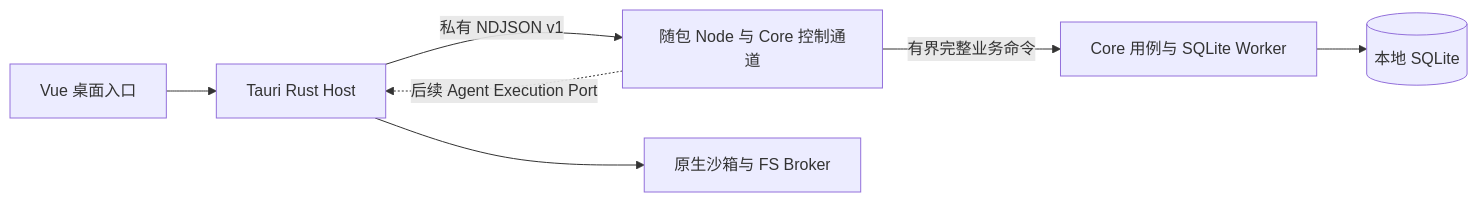
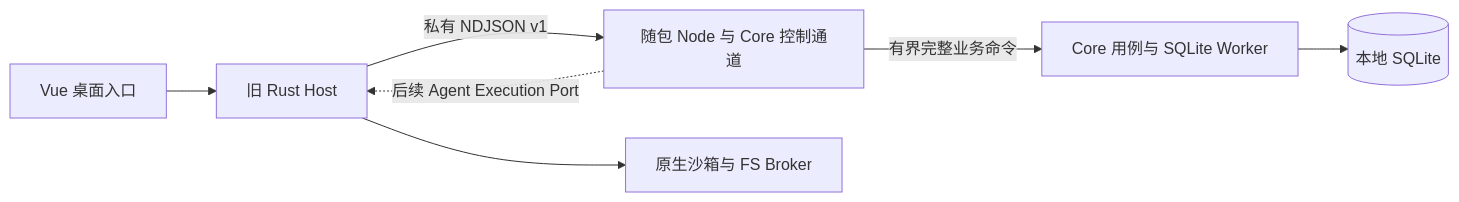
Before and after one commit to Coffeiz/Gugu-web: the diagram in docs/refactor/_archive/gugu-2.0/Gugu-Core迁移Node与TypeScript方案.md, drawn with Mermaid. The commit also changed other lines of this file and 47 other files, not shown here.

````diff
--- a/docs/refactor/_archive/gugu-2.0/Gugu-Core迁移Node与TypeScript方案.md
+++ b/docs/refactor/_archive/gugu-2.0/Gugu-Core迁移Node与TypeScript方案.md
@@ -173,9 +173,9 @@
 ```mermaid
 flowchart LR
-    UI[Vue 桌面入口] --> RH[Tauri Rust Host]
+    UI[Vue 桌面入口] --> RH[旧 Rust Host]
     RH -->|私有 NDJSON v1| NC[随包 Node 与 Core 控制通道]
     NC -->|有界完整业务命令| SW[Core 用例与 SQLite Worker]
     SW --> DB[(本地 SQLite)]
     NC -. 后续 Agent Execution Port .-> RH
     RH --> NB[原生沙箱与 FS Broker]
 ```
````
